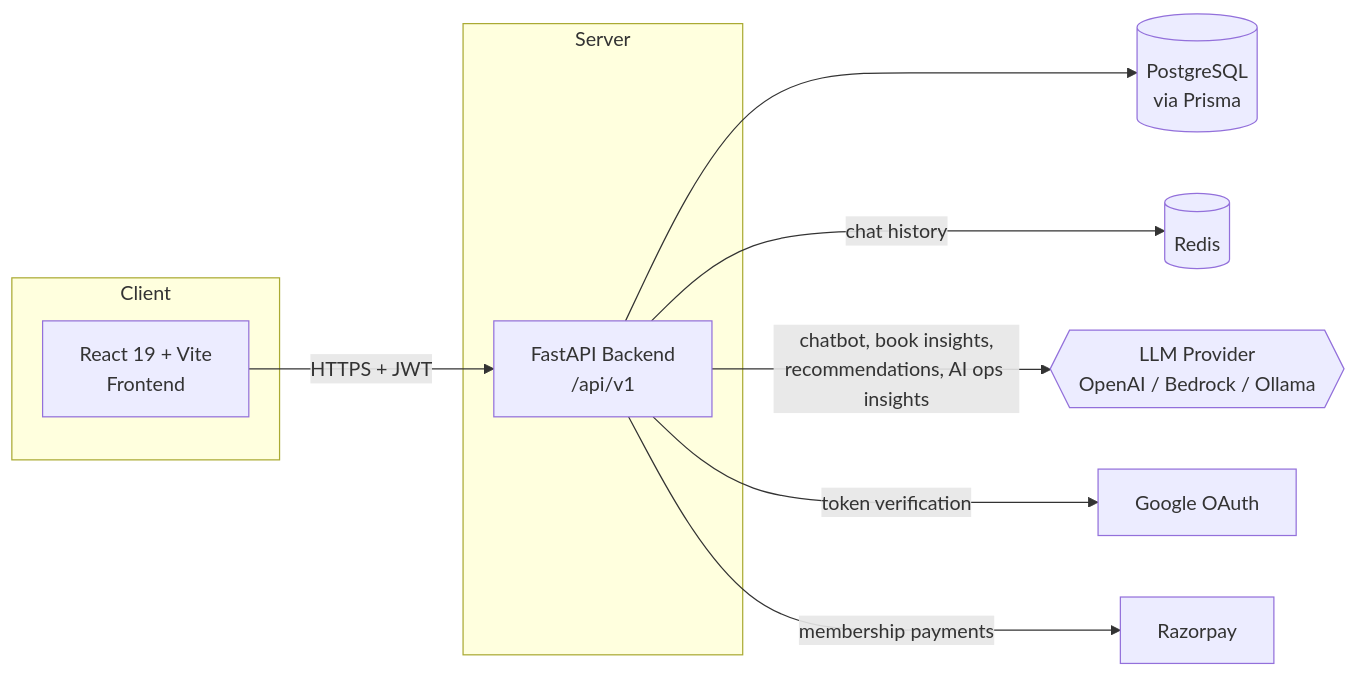
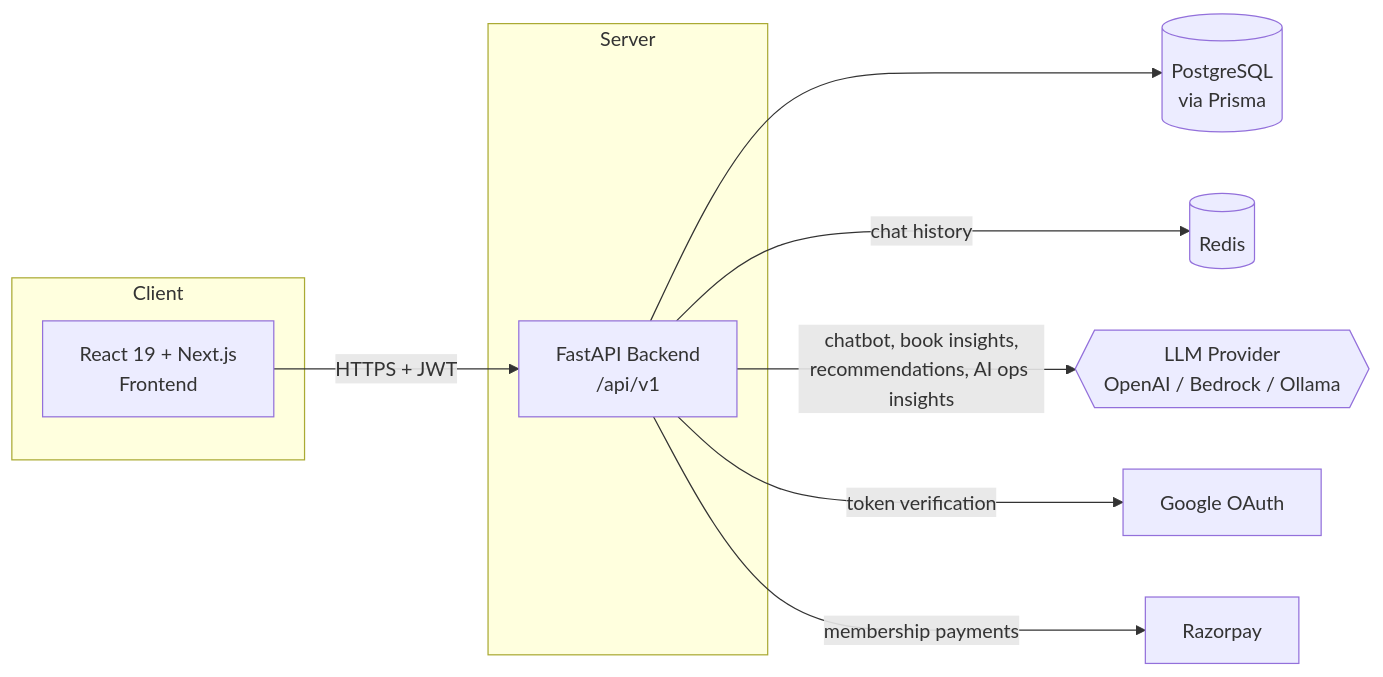
One commit to 21f1001805/Library_management changed the first of 5 diagrams in README.md. Above: the diagram before and after it, drawn with Mermaid. The commit also changed other lines of this file and 416 other files, not shown here.

````diff
--- a/README.md
+++ b/README.md
@@ -81,23 +81,23 @@
 ```mermaid
 flowchart LR
     subgraph Client
-        FE["React 19 + Vite<br/>Frontend"]
+        FE["React 19 + Next.js<br/>Frontend"]
     end
 
     subgraph Server
         BE["FastAPI Backend<br/>/api/v1"]
     end
 
     PG[("PostgreSQL<br/>via Prisma")]
     RD[("Redis")]
     LLM{{"LLM Provider<br/>OpenAI / Bedrock / Ollama"}}
     GA["Google OAuth"]
     RP["Razorpay"]
 
     FE -->|"HTTPS + JWT"| BE
     BE --> PG
     BE -->|"chat history"| RD
     BE -->|"chatbot, book insights,<br/>recommendations, AI ops insights"| LLM
     BE -->|"token verification"| GA
     BE -->|"membership payments"| RP
 ```
````
